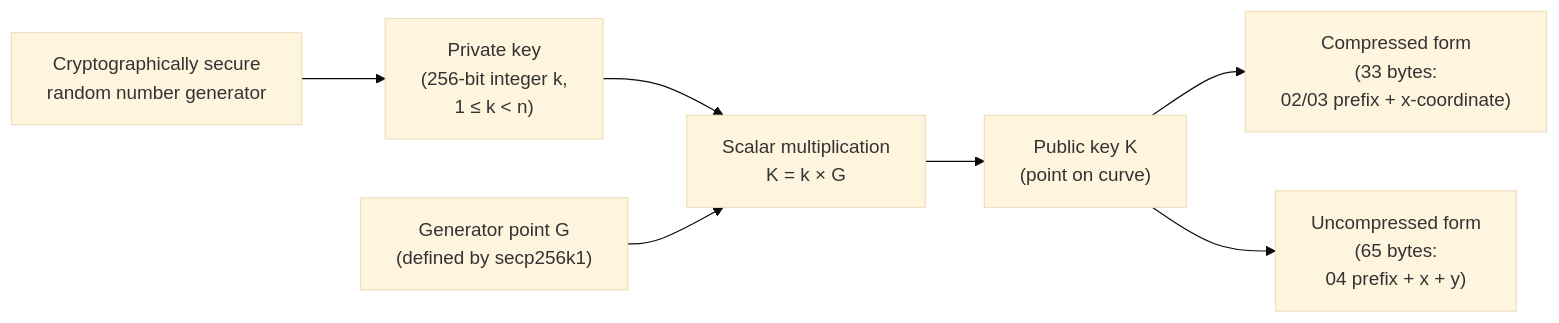
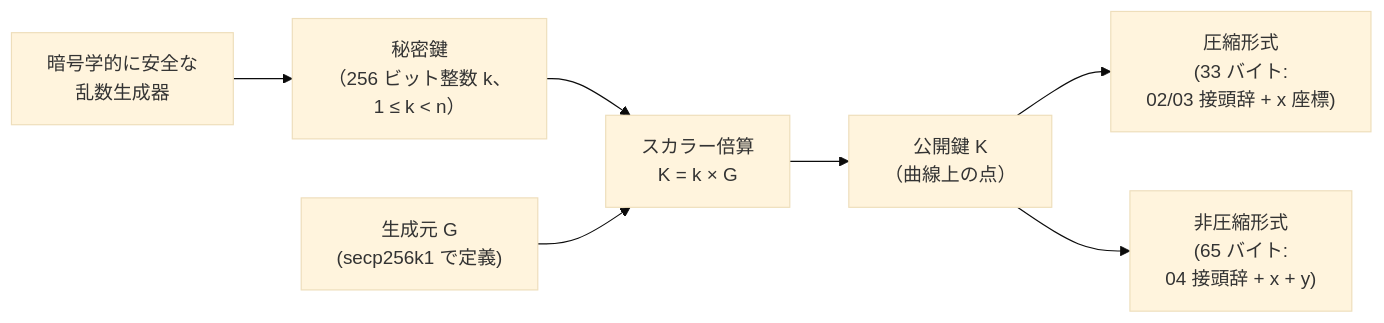
One commit to cypher256/BitcoinArchive changed the first of 5 diagrams in src/data/translations/ja/design/2009-01-03-bitcoin-cryptography-design.md. Above: the diagram before and after it, drawn with Mermaid (base theme). The commit also changed other lines of this file and 11 other files, not shown here.

````diff
--- a/src/data/translations/ja/design/2009-01-03-bitcoin-cryptography-design.md
+++ b/src/data/translations/ja/design/2009-01-03-bitcoin-cryptography-design.md
@@ -49,9 +49,9 @@
 ```mermaid
 flowchart LR
-    RNG["Cryptographically secure\nrandom number generator"] --> SK["Private key\n(256-bit integer k,\n1 ≤ k < n)"]
-    SK --> MUL["Scalar multiplication\nK = k × G"]
-    G["Generator point G\n(defined by secp256k1)"] --> MUL
-    MUL --> PK["Public key K\n(point on curve)"]
-    PK --> COMP["Compressed form\n(33 bytes:\n02/03 prefix + x-coordinate)"]
-    PK --> UNCOMP["Uncompressed form\n(65 bytes:\n04 prefix + x + y)"]
+    RNG["暗号学的に安全な\n乱数生成器"] --> SK["秘密鍵\n（256 ビット整数 k、\n1 ≤ k < n）"]
+    SK --> MUL["スカラー倍算\nK = k × G"]
+    G["生成元 G\n(secp256k1 で定義)"] --> MUL
+    MUL --> PK["公開鍵 K\n（曲線上の点）"]
+    PK --> COMP["圧縮形式\n(33 バイト:\n02/03 接頭辞 + x 座標)"]
+    PK --> UNCOMP["非圧縮形式\n(65 バイト:\n04 接頭辞 + x + y)"]
 ```
````
